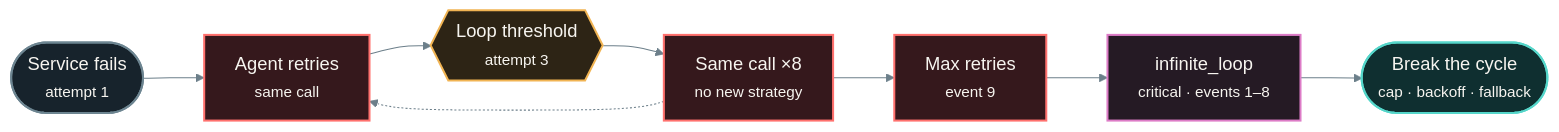
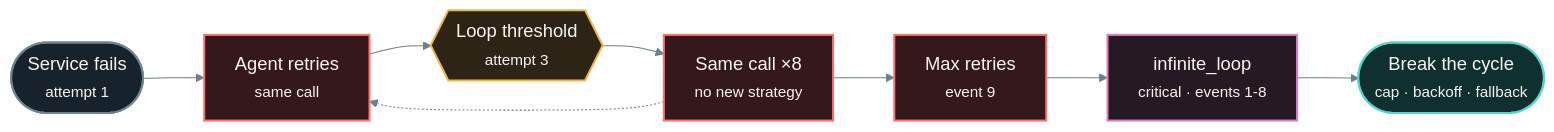
Before and after one commit to haseebraza715/agent-autopsy: the second of 2 diagrams in docs/article-assets/diagrams.md, drawn with Mermaid. The commit also changed 10 other files, not shown here.

````diff
--- a/docs/article-assets/diagrams.md
+++ b/docs/article-assets/diagrams.md
@@ -33,25 +33,25 @@
 ```mermaid
 %%{init: {"theme":"base","flowchart":{"curve":"basis","nodeSpacing":38,"rankSpacing":60,"htmlLabels":true},"themeVariables":{"fontFamily":"Arial, sans-serif","fontSize":"18px","lineColor":"#6c7f8a","primaryTextColor":"#f7f5f0"}}}%%
 flowchart LR
     A(["Service fails<br/><small>attempt 1</small>"])
     B["Agent retries<br/><small>same call</small>"]
     C{{"Loop threshold<br/><small>attempt 3</small>"}}
     D["Same call ×8<br/><small>no new strategy</small>"]
     E["Max retries<br/><small>event 9</small>"]
-    F["infinite_loop<br/><small>critical · events 1–8</small>"]
+    F["infinite_loop<br/><small>critical · events 1-8</small>"]
     G(["Break the cycle<br/><small>cap · backoff · fallback</small>"])
 
     A --> B --> C --> D --> E --> F --> G
     D -.-> B
 
     classDef trigger fill:#17232c,stroke:#6d8591,color:#f7f5f0,stroke-width:2px;
     classDef threshold fill:#2d2415,stroke:#f1b453,color:#f7f5f0,stroke-width:2px;
     classDef failure fill:#35181c,stroke:#ff716e,color:#f7f5f0,stroke-width:2px;
     classDef finding fill:#251a24,stroke:#dd7cc7,color:#f7f5f0,stroke-width:2px;
     classDef action fill:#0f2f30,stroke:#55d6ca,color:#f7f5f0,stroke-width:2px;
     class A trigger;
     class B,D,E failure;
     class C threshold;
     class F finding;
     class G action;
 ```
````
